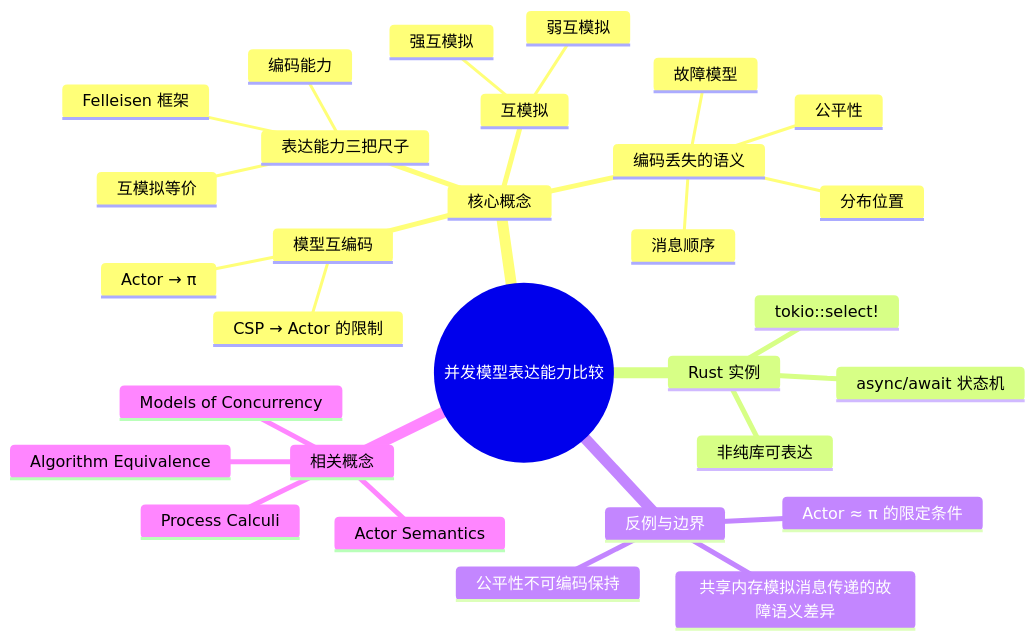
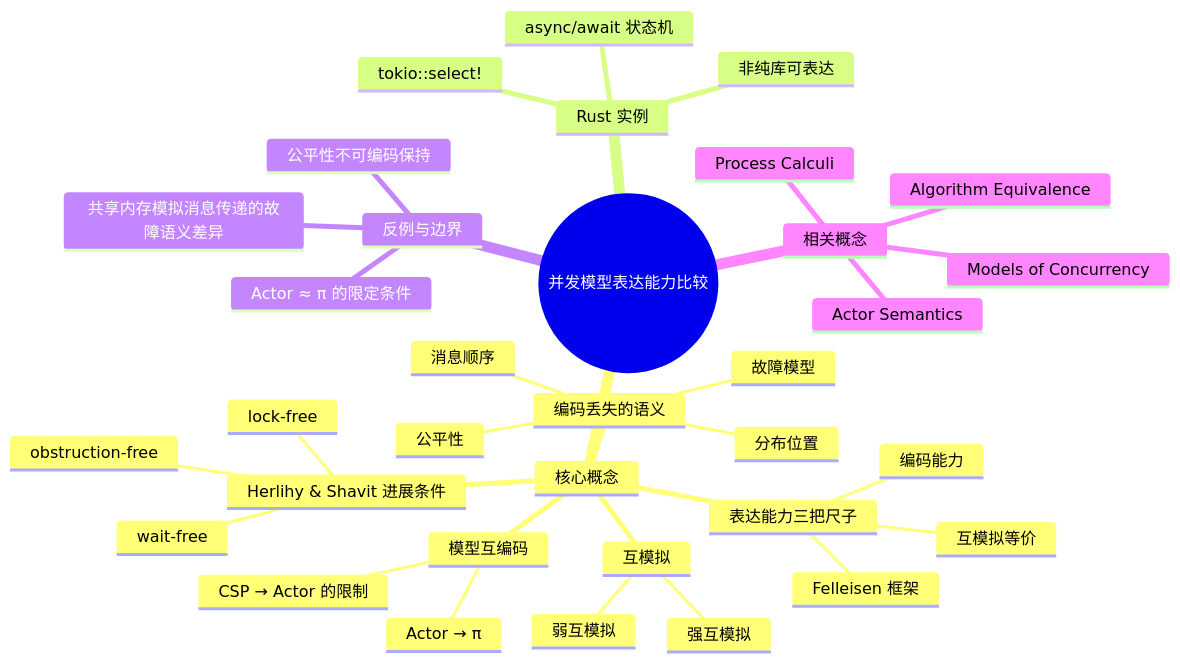
The diagram in concept/04_formal/12_concurrency_models/02_expressiveness_of_concurrent_models.md (martin-ly/rust-lang), drawn with Mermaid before and after one commit. The commit also changed other lines of this file and 48 other files, not shown here.

````diff
--- a/concept/04_formal/12_concurrency_models/02_expressiveness_of_concurrent_models.md
+++ b/concept/04_formal/12_concurrency_models/02_expressiveness_of_concurrent_models.md
@@ -516,33 +554,37 @@
 ```mermaid
 mindmap
   root((并发模型表达能力比较))
     核心概念
       表达能力三把尺子
         编码能力
         互模拟等价
         Felleisen 框架
+      Herlihy & Shavit 进展条件
+        wait-free
+        lock-free
+        obstruction-free
       模型互编码
         Actor → π
         CSP → Actor 的限制
       互模拟
         强互模拟
         弱互模拟
       编码丢失的语义
         公平性
         分布位置
         故障模型
         消息顺序
     Rust 实例
       tokio::select!
       async/await 状态机
       非纯库可表达
     反例与边界
       Actor ≈ π 的限定条件
       共享内存模拟消息传递的故障语义差异
       公平性不可编码保持
     相关概念
       Models of Concurrency
       Process Calculi
       Actor Semantics
       Algorithm Equivalence
 ```
````
